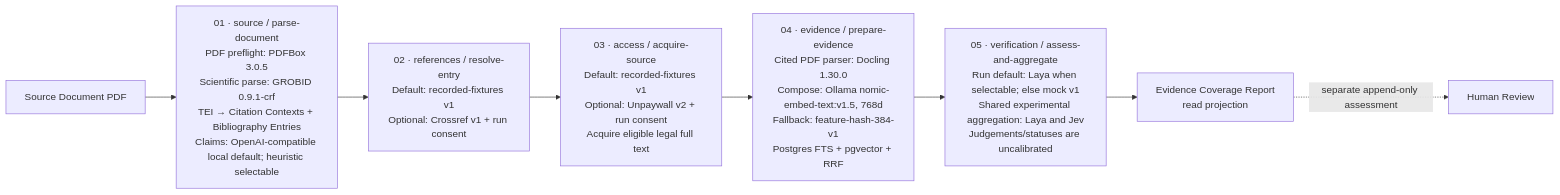
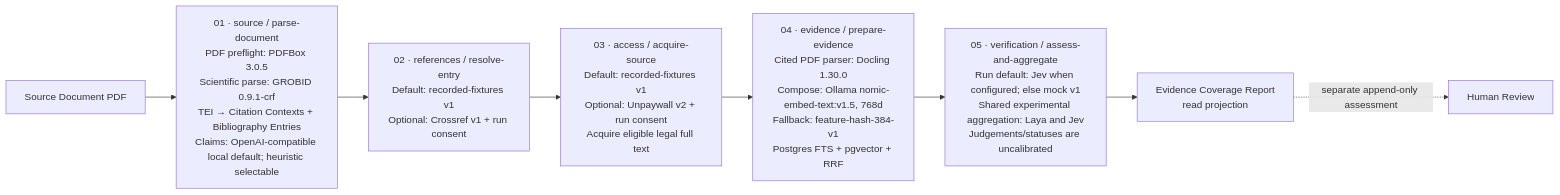
The first of 2 diagrams in docs/pipeline-feature-matrix.md (arrokh/paper-t-rail), drawn with Mermaid before and after one commit. The commit also changed other lines of this file and 24 other files, not shown here.

````diff
--- a/docs/pipeline-feature-matrix.md
+++ b/docs/pipeline-feature-matrix.md
@@ -17,10 +17,10 @@
 ```mermaid
 flowchart LR
     PDF["Source Document PDF"] --> S1
     S1["01 · source / parse-document<br/>PDF preflight: PDFBox 3.0.5<br/>Scientific parse: GROBID 0.9.1-crf<br/>TEI → Citation Contexts + Bibliography Entries<br/>Claims: OpenAI-compatible local default; heuristic selectable"] --> S2
     S2["02 · references / resolve-entry<br/>Default: recorded-fixtures v1<br/>Optional: Crossref v1 + run consent"] --> S3
     S3["03 · access / acquire-source<br/>Default: recorded-fixtures v1<br/>Optional: Unpaywall v2 + run consent<br/>Acquire eligible legal full text"] --> S4
     S4["04 · evidence / prepare-evidence<br/>Cited PDF parser: Docling 1.30.0<br/>Compose: Ollama nomic-embed-text:v1.5, 768d<br/>Fallback: feature-hash-384-v1<br/>Postgres FTS + pgvector + RRF"] --> S5
-    S5["05 · verification / assess-and-aggregate<br/>Run default: Laya when selectable; else mock v1<br/>Shared experimental aggregation: Laya and Jev<br/>Judgements/statuses are uncalibrated"] --> REPORT["Evidence Coverage Report<br/>read projection"]
+    S5["05 · verification / assess-and-aggregate<br/>Run default: Jev when configured; else mock v1<br/>Shared experimental aggregation: Laya and Jev<br/>Judgements/statuses are uncalibrated"] --> REPORT["Evidence Coverage Report<br/>read projection"]
     REPORT -. separate append-only assessment .-> REVIEW["Human Review"]
 ```
````
